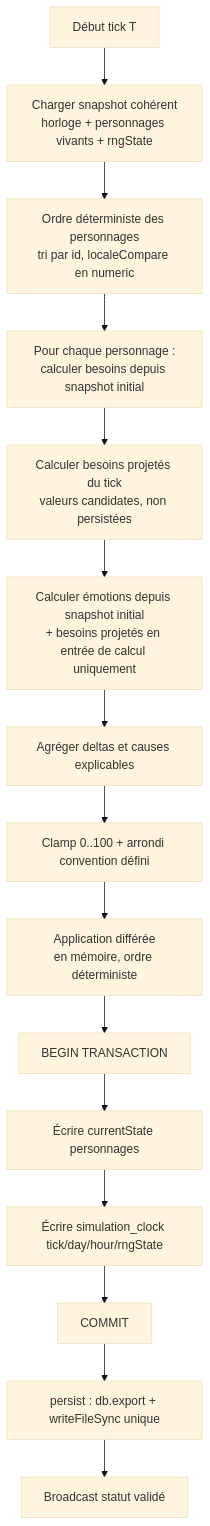
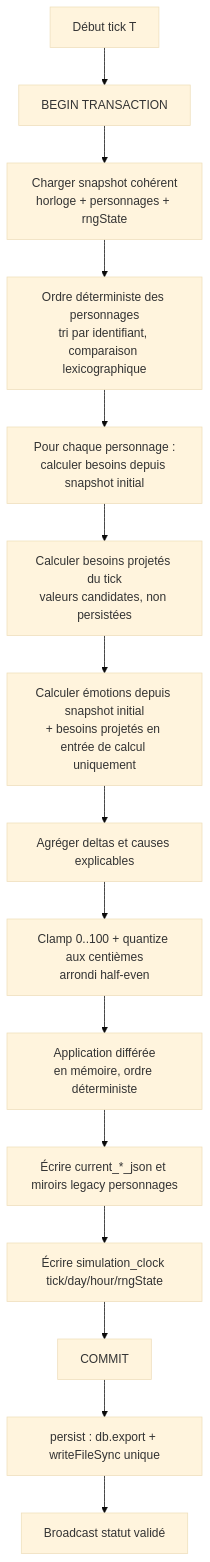
Before and after one commit to LanjaFii/digital-life: the first of 2 diagrams in docs/CHARACTER_TICK_RULES.md, drawn with Mermaid (base theme). The commit also changed other lines of this file and 20 other files, not shown here.

````diff
--- a/docs/CHARACTER_TICK_RULES.md
+++ b/docs/CHARACTER_TICK_RULES.md
@@ -36,17 +37,17 @@
 ```mermaid
 flowchart TD
-    A[Début tick T] --> B[Charger snapshot cohérent<br/>horloge + personnages vivants + rngState]
-    B --> C[Ordre déterministe des personnages<br/>tri par id, localeCompare en numeric]
+    A[Début tick T] --> J[BEGIN TRANSACTION]
+    J --> B[Charger snapshot cohérent<br/>horloge + personnages + rngState]
+    B --> C[Ordre déterministe des personnages<br/>tri par identifiant, comparaison lexicographique]
     C --> D[Pour chaque personnage :<br/>calculer besoins depuis snapshot initial]
     D --> E[Calculer besoins projetés du tick<br/>valeurs candidates, non persistées]
     E --> F[Calculer émotions depuis snapshot initial<br/>+ besoins projetés en entrée de calcul uniquement]
     F --> G[Agréger deltas et causes explicables]
-    G --> H[Clamp 0..100 + arrondi convention défini]
+    G --> H[Clamp 0..100 + quantize aux centièmes<br/>arrondi half-even]
     H --> I[Application différée<br/>en mémoire, ordre déterministe]
-    I --> J[BEGIN TRANSACTION]
-    J --> K[Écrire currentState personnages]
+    I --> K[Écrire current_*_json et miroirs legacy personnages]
     K --> L[Écrire simulation_clock tick/day/hour/rngState]
     L --> M[COMMIT]
     M --> N[persist : db.export + writeFileSync unique]
     N --> O[Broadcast statut validé]
 ```
````
